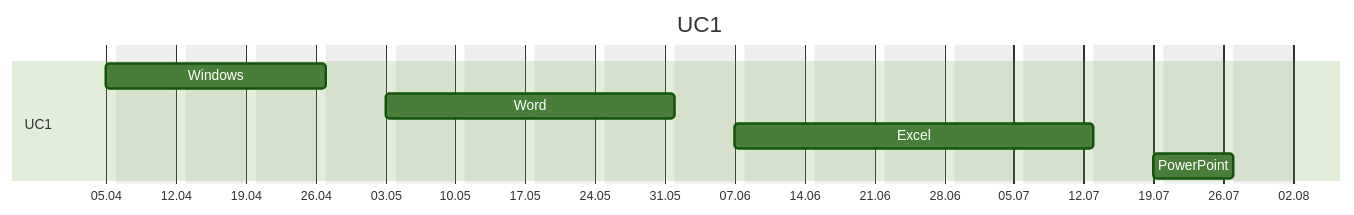
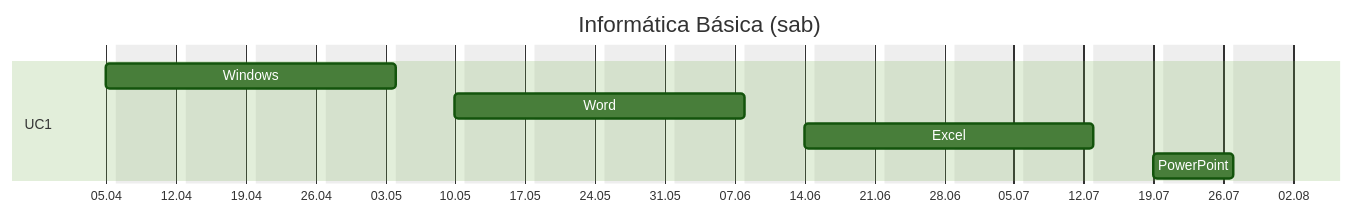
The diagram in src/site/notes/Informatica basica sabado.md (jocile/digitalgarden), drawn with Mermaid (forest theme) before and after one commit. The commit also changed other lines of this file, not shown here.

````diff
--- a/src/site/notes/Informatica basica sabado.md
+++ b/src/site/notes/Informatica basica sabado.md
@@ -30,14 +34,14 @@
 ```mermaid
 gantt
-     title UC1
+     title Informática Básica (sab)
      tickInterval 1week
      weekday Saturday
-     excludes Sunday, Monday, Tuesday, Wednesday, Thursday, Friday
+     excludes Sunday, Monday, Tuesday, Wednesday, Thursday, Friday, 19.04
      dateFormat DD:MM
      axisFormat %d.%m
      section UC1
-         Windows :a1, 05:04, 4d
+         Windows :a1, 05:04, 5d
          Word :a2,after a1, 5d
-         Excel :a3, after a2, 6d
+         Excel :a3, after a2, 5d
          PowerPoint :a4, after a3, 2d
 ```
````
